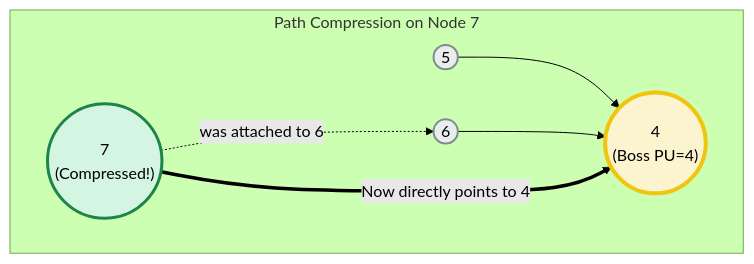
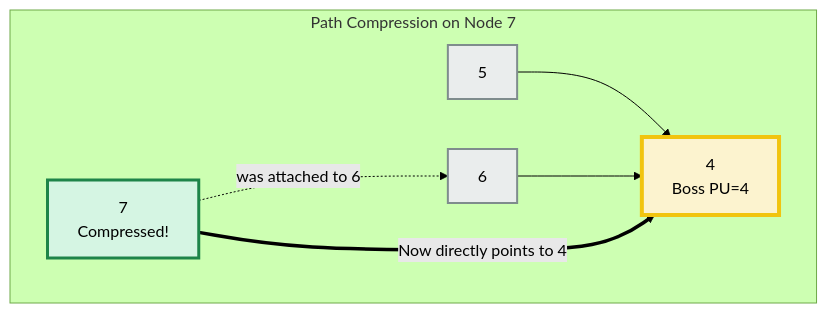
Before and after one commit to muntasir24/DSA_Practice: diagram 24 of 36 in Graph/DSU_README.md, drawn with Mermaid (forest theme). The commit also changed other lines of this file, not shown here.

````diff
--- a/Graph/DSU_README.md
+++ b/Graph/DSU_README.md
@@ -967,18 +967,18 @@
 ```mermaid
 graph TD
     subgraph Path_Compression_on_Node_7 ["Path Compression on Node 7"]
-        4(("4<br>(Boss PU=4)")):::superBoss
-        5(("5")):::midBoss
-        6(("6")):::midBoss
-        7(("7<br>(Compressed!)")):::targetRed
+        4["4<br>Boss PU=4"]:::superBoss
+        5["5"]:::midBoss
+        6["6"]:::midBoss
+        7["7<br>Compressed!"]:::targetRed
         
         5 --> 4
         6 --> 4
         7 -. "was attached to 6" .-> 6
         7 == "Now directly points to 4" ==> 4
     end
 
     classDef superBoss fill:#FCF3CF,stroke:#F1C40F,stroke-width:4px,color:#000000;
     classDef midBoss fill:#EAEDED,stroke:#7F8C8D,stroke-width:2px,color:#000000;
     classDef targetRed fill:#D5F5E3,stroke:#1E8449,stroke-width:3px,color:#000000;
 ```
````
